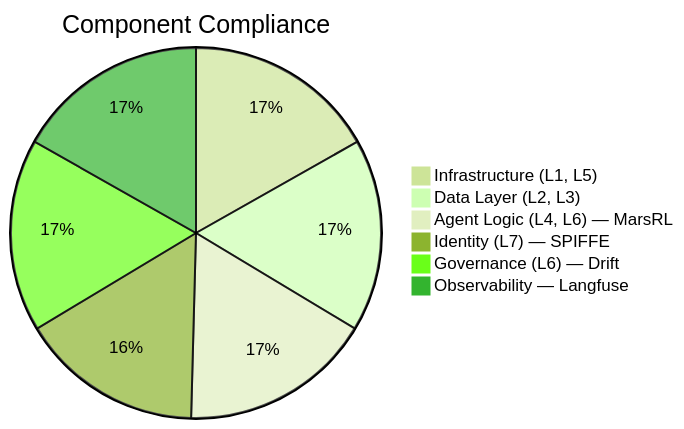
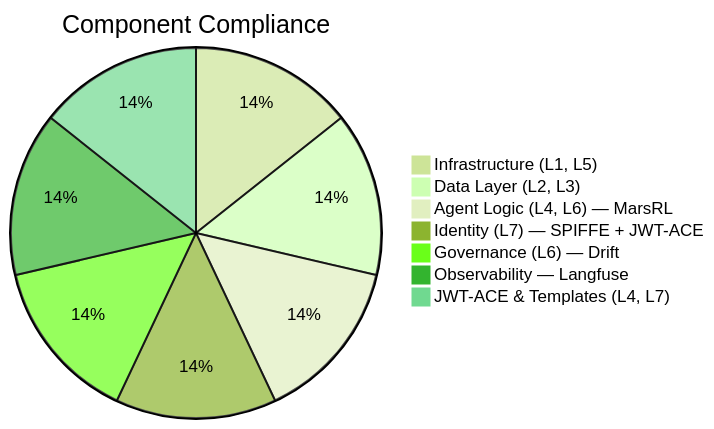
One commit to Misterobots/Agent_Swarm changed the diagram in docs/compliance/maestro_compliance_status.md. Above: the diagram before and after it, drawn with Mermaid (forest theme). The commit also changed other lines of this file and 4 other files, not shown here.

````diff
--- a/docs/compliance/maestro_compliance_status.md
+++ b/docs/compliance/maestro_compliance_status.md
@@ -21,9 +23,10 @@
 ```mermaid
 pie title Component Compliance
     "Infrastructure (L1, L5)" : 100
     "Data Layer (L2, L3)" : 100
     "Agent Logic (L4, L6) — MarsRL" : 100
-    "Identity (L7) — SPIFFE" : 95
+    "Identity (L7) — SPIFFE + JWT-ACE" : 98
     "Governance (L6) — Drift" : 100
     "Observability — Langfuse" : 100
+    "JWT-ACE & Templates (L4, L7)" : 100
 ```
````
